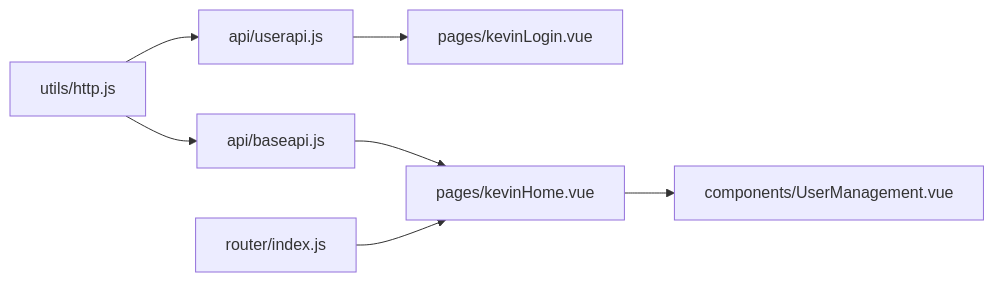
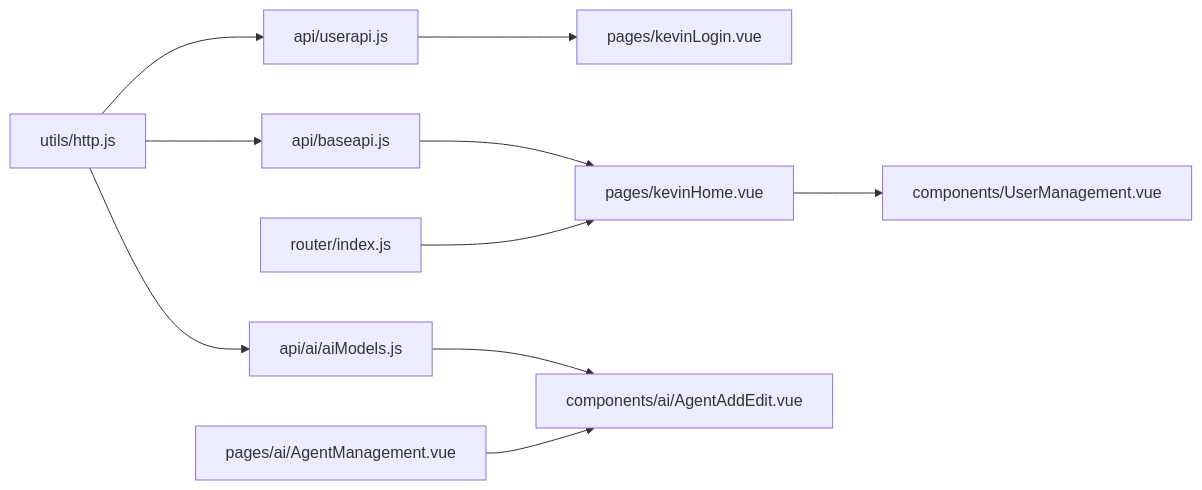
Before and after one commit to junkai-li/NetCoreKevin: the seventh of 7 diagrams in .qoder/repowiki/zh/content/前端架构/前端架构.md, drawn with Mermaid. The commit also changed other lines of this file and 7 other files, not shown here.

````diff
--- a/.qoder/repowiki/zh/content/前端架构/前端架构.md
+++ b/.qoder/repowiki/zh/content/前端架构/前端架构.md
@@ -277,9 +330,12 @@
 ```mermaid
 graph LR
 http["utils/http.js"] --> api_user["api/userapi.js"]
 http --> api_base["api/baseapi.js"]
+http --> api_models["api/ai/aiModels.js"]
 api_user --> pages_login["pages/kevinLogin.vue"]
 api_base --> pages_home["pages/kevinHome.vue"]
+api_models --> components_agent["components/ai/AgentAddEdit.vue"]
 router["router/index.js"] --> pages_home
 pages_home --> components_um["components/UserManagement.vue"]
+pages_agent["pages/ai/AgentManagement.vue"] --> components_agent
 ```
````
